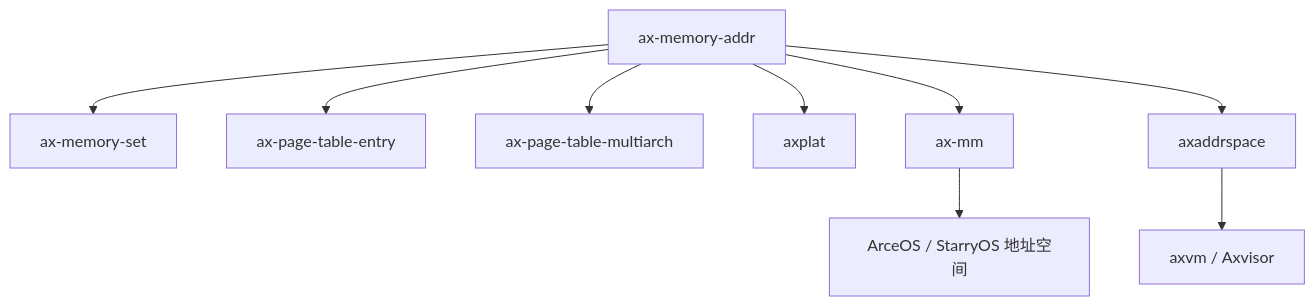
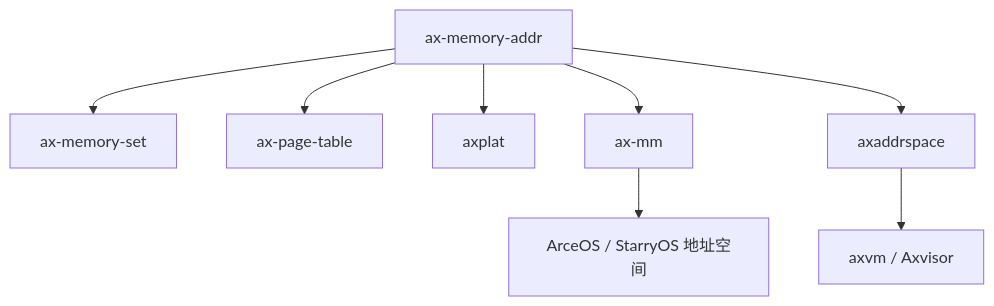
Before and after one commit to rcore-os/tgoskits: the diagram in docs/docs/components/crates/ax-memory-addr.md, drawn with Mermaid. The commit also changed other lines of this file and 386 other files, not shown here.

Commit message:
refactor(memory): consolidate page-table, allocator, and VM policy layers

````diff
--- a/docs/docs/components/crates/ax-memory-addr.md
+++ b/docs/docs/components/crates/ax-memory-addr.md
@@ -173,12 +172,11 @@
 ```mermaid
 graph TD
     A[ax-memory-addr]
     A --> B[ax-memory-set]
-    A --> C[ax-page-table-entry]
-    A --> D[ax-page-table-multiarch]
+    A --> C[ax-page-table]
     A --> E[axplat]
     A --> F[ax-mm]
     A --> G[axaddrspace]
     G --> H[axvm / Axvisor]
     F --> I[ArceOS / StarryOS 地址空间]
 ```
````
